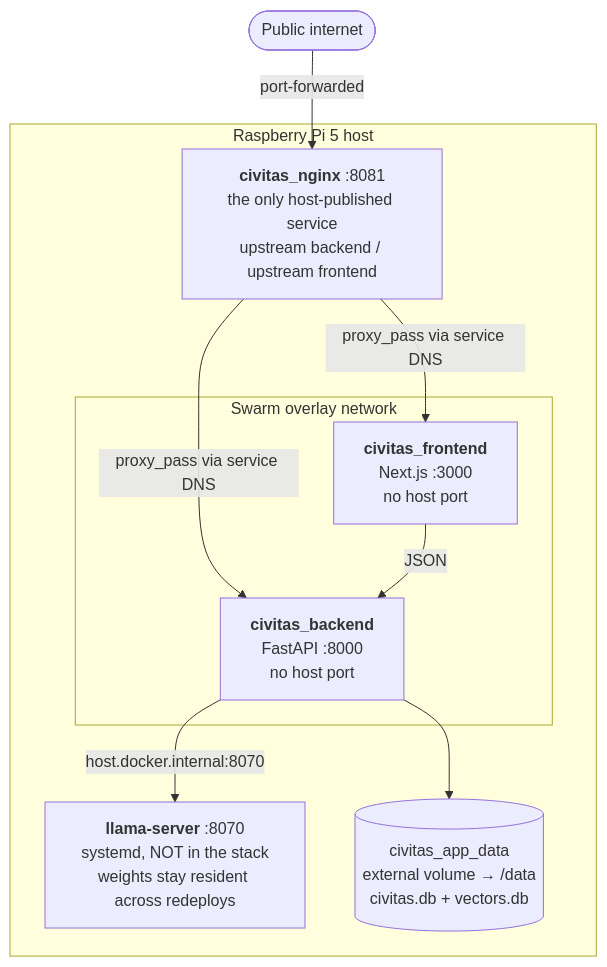
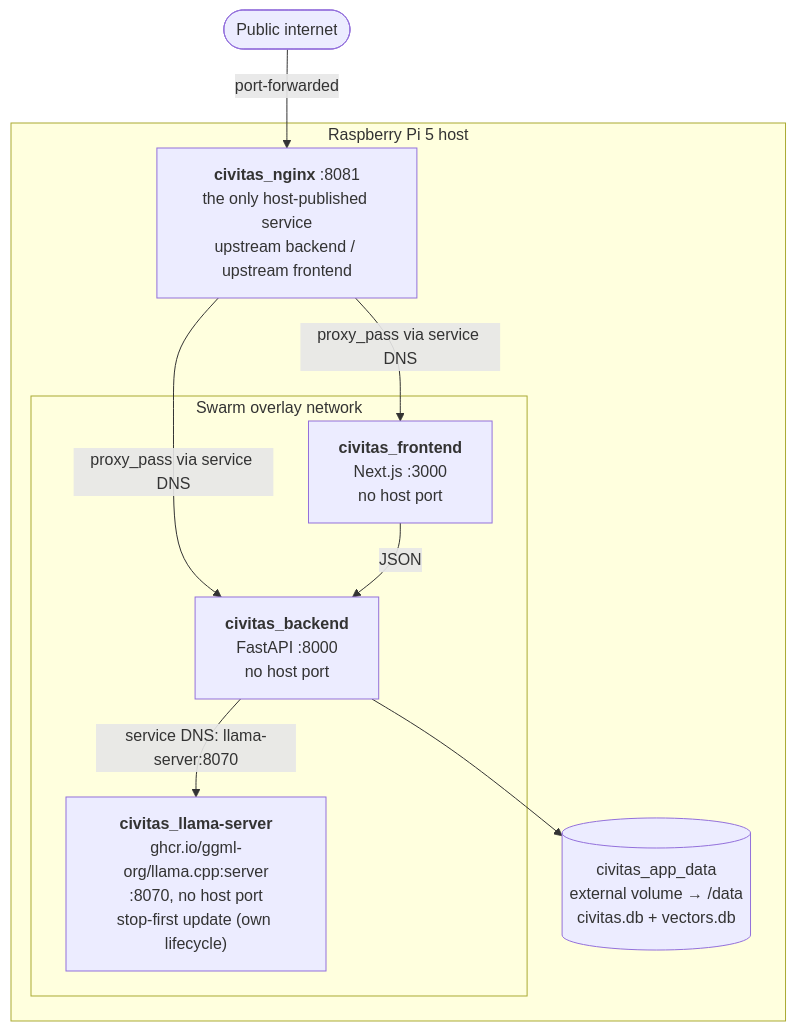
One commit to kamoras/civitas changed the first of 2 diagrams in docs/diagrams/08-deployment.md. Above: the diagram before and after it, drawn with Mermaid. The commit also changed other lines of this file and 12 other files, not shown here.

````diff
--- a/docs/diagrams/08-deployment.md
+++ b/docs/diagrams/08-deployment.md
@@ -9,22 +9,22 @@
 ```mermaid
 flowchart TB
     NET(["Public internet"]) -->|"port-forwarded"| NGINX
 
     subgraph HOST["Raspberry Pi 5 host"]
         NGINX["<b>civitas_nginx</b> :8081<br/>the only host-published service<br/>upstream backend / upstream frontend"]
 
         subgraph OVERLAY["Swarm overlay network"]
             BE["<b>civitas_backend</b><br/>FastAPI :8000<br/>no host port"]
             FE["<b>civitas_frontend</b><br/>Next.js :3000<br/>no host port"]
+            LLAMA["<b>civitas_llama-server</b><br/>ghcr.io/ggml-org/llama.cpp:server<br/>:8070, no host port<br/>stop-first update (own lifecycle)"]
         end
 
-        LLAMA["<b>llama-server</b> :8070<br/>systemd, NOT in the stack<br/>weights stay resident across redeploys"]
         VOL[("civitas_app_data<br/>external volume → /data<br/>civitas.db + vectors.db")]
     end
 
     NGINX -->|"proxy_pass via service DNS"| BE
     NGINX -->|"proxy_pass via service DNS"| FE
     FE -->|"JSON"| BE
-    BE -->|"host.docker.internal:8070"| LLAMA
+    BE -->|"service DNS: llama-server:8070"| LLAMA
     BE --> VOL
 ```
````
